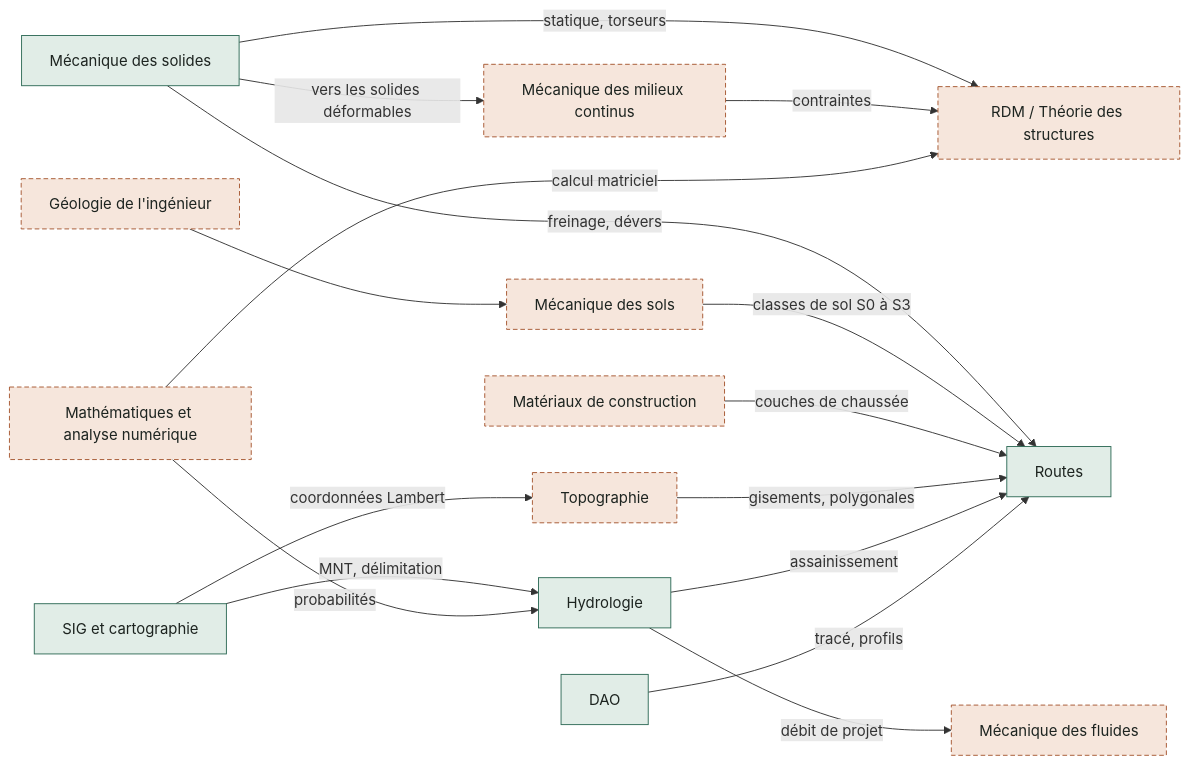
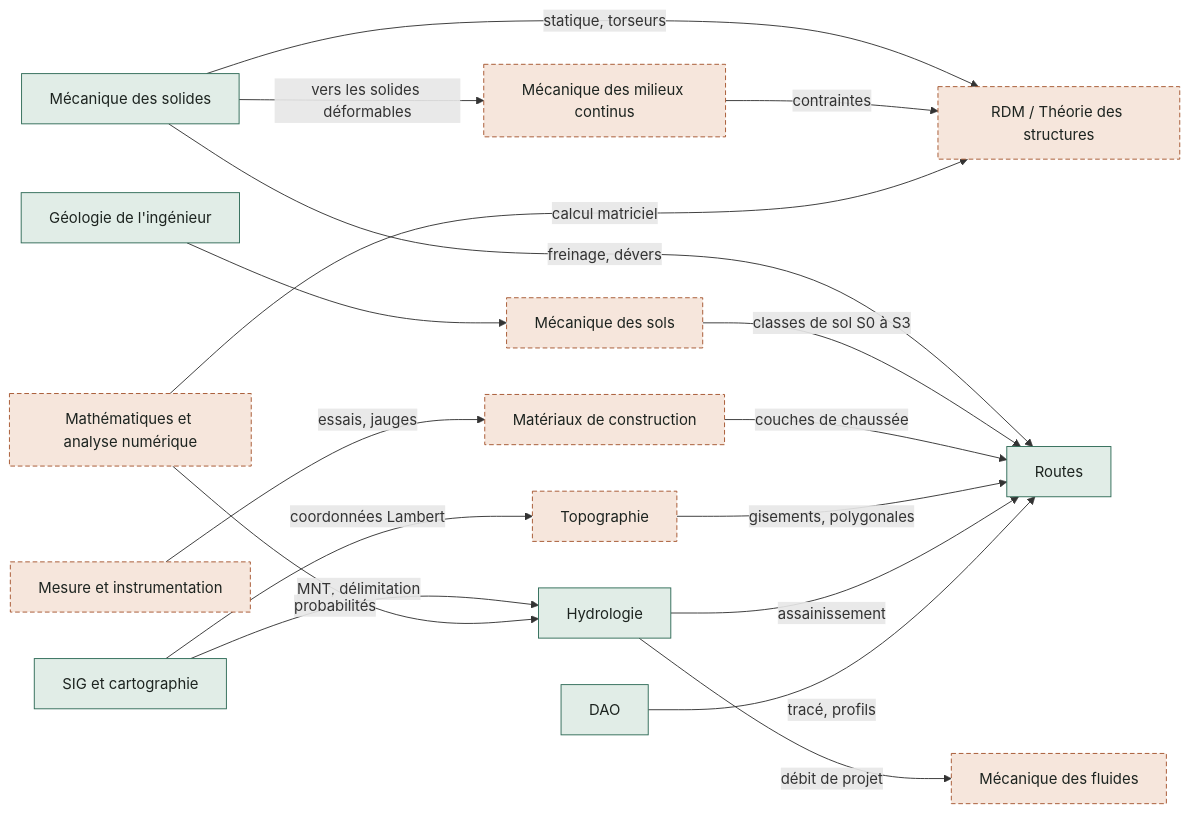
Before and after one commit to ZohireHCN/cours-genie-civil: the diagram in README.md, drawn with Mermaid. The commit also changed other lines of this file and 7 other files, not shown here.

````diff
--- a/README.md
+++ b/README.md
@@ -9,35 +9,37 @@
 ```mermaid
 flowchart LR
     classDef dossier fill:#e1ede7,stroke:#2f6b57,color:#1d2420
     classDef enit fill:#f6e6dc,stroke:#a5552f,color:#1d2420,stroke-dasharray: 5 3
 
     MS[Mécanique des solides]:::dossier
     MMC[Mécanique des milieux continus]:::enit
     RDM[RDM / Théorie des structures]:::enit
     MAT[Matériaux de construction]:::enit
-    GEO[Géologie de l'ingénieur]:::enit
+    GEO[Géologie de l'ingénieur]:::dossier
     SOL[Mécanique des sols]:::enit
     TOPO[Topographie]:::enit
     SIG[SIG et cartographie]:::dossier
     ROU[Routes]:::dossier
     HYD[Hydrologie]:::dossier
     FLU[Mécanique des fluides]:::enit
     DAO[DAO]:::dossier
     MATH[Mathématiques et analyse numérique]:::enit
+    MES[Mesure et instrumentation]:::enit
 
     MS -->|statique, torseurs| RDM
     MS -->|vers les solides déformables| MMC
     MMC -->|contraintes| RDM
     MS -->|freinage, dévers| ROU
     GEO --> SOL
     SOL -->|classes de sol S0 à S3| ROU
     MAT -->|couches de chaussée| ROU
     TOPO -->|gisements, polygonales| ROU
     SIG -->|coordonnées Lambert| TOPO
     SIG -->|MNT, délimitation| HYD
     HYD -->|débit de projet| FLU
     HYD -->|assainissement| ROU
     DAO -->|tracé, profils| ROU
     MATH -->|probabilités| HYD
     MATH -->|calcul matriciel| RDM
+    MES -->|essais, jauges| MAT
 ```
````
